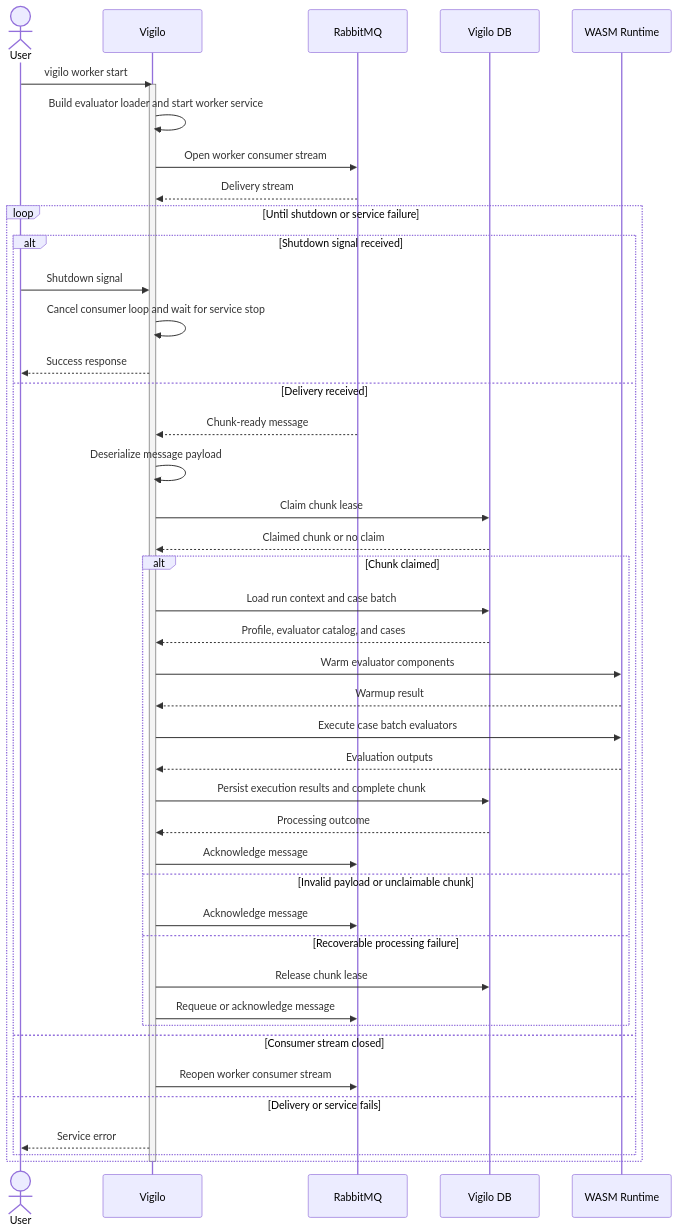
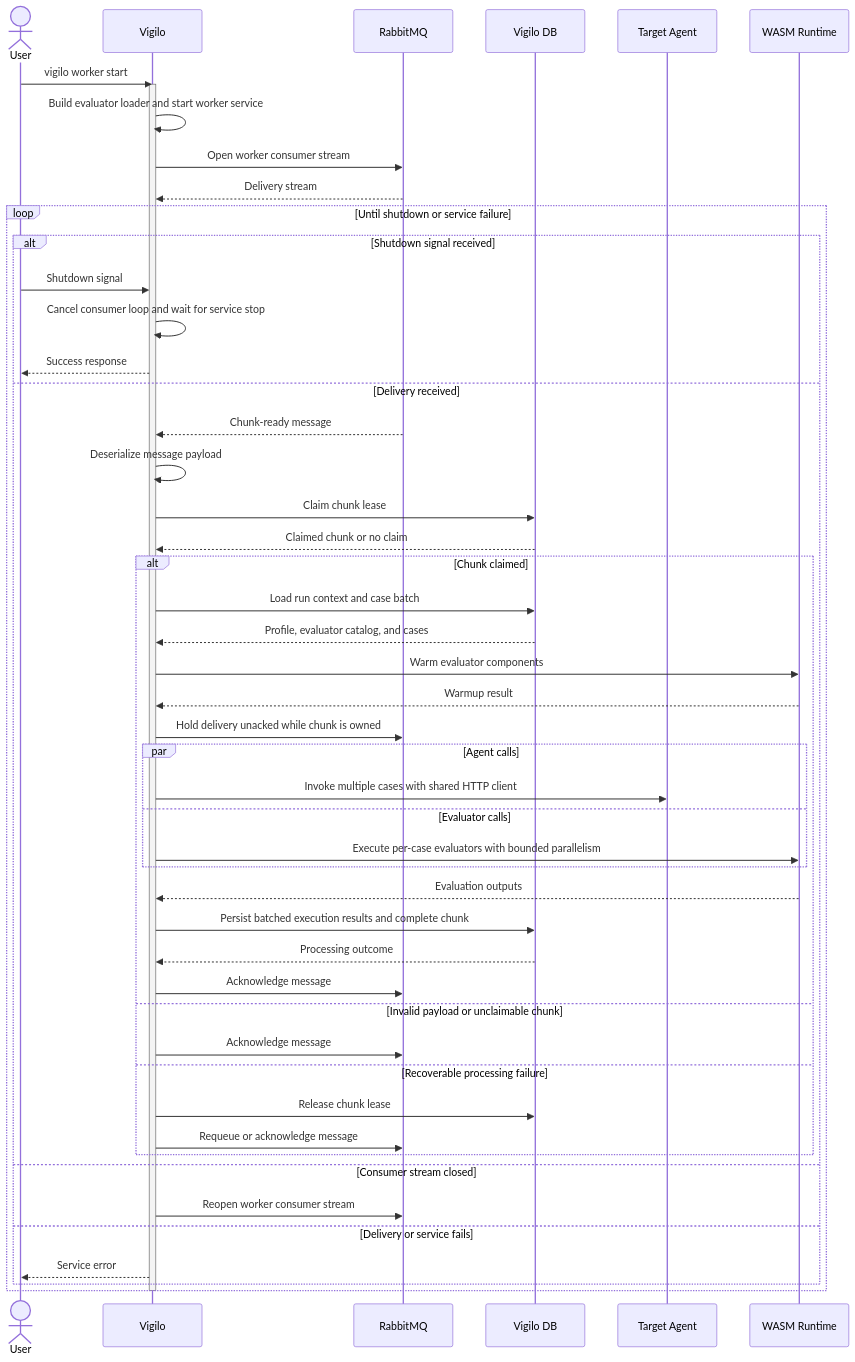
One commit to gregl83/agent-vigilo changed the diagram in web/docs/architecture/flows/worker/start/execution-flow.mmd. Above: the diagram before and after it, drawn with Mermaid. The commit also changed 11 other files, not shown here.

```diff
--- a/web/docs/architecture/flows/worker/start/execution-flow.mmd
+++ b/web/docs/architecture/flows/worker/start/execution-flow.mmd
@@ -1,55 +1,61 @@
 ---
 config:
   flowchart:
     nodeSpacing: 150
     rankSpacing: 80
   themeVariables:
     edgeLabelBackground: 'transparent'
 ---
 sequenceDiagram
     actor User
     participant Vigilo
     participant Queue as RabbitMQ
     participant DB as Vigilo DB
+    participant Agent as Target Agent
     participant WASM as WASM Runtime
 
     User->>Vigilo: vigilo worker start
     activate Vigilo
     Vigilo->>Vigilo: Build evaluator loader and start worker service
     Vigilo->>Queue: Open worker consumer stream
     Queue-->>Vigilo: Delivery stream
 
     loop Until shutdown or service failure
         alt Shutdown signal received
             User->>Vigilo: Shutdown signal
             Vigilo->>Vigilo: Cancel consumer loop and wait for service stop
             Vigilo-->>User: Success response
         else Delivery received
             Queue-->>Vigilo: Chunk-ready message
             Vigilo->>Vigilo: Deserialize message payload
             Vigilo->>DB: Claim chunk lease
             DB-->>Vigilo: Claimed chunk or no claim
 
             alt Chunk claimed
                 Vigilo->>DB: Load run context and case batch
                 DB-->>Vigilo: Profile, evaluator catalog, and cases
                 Vigilo->>WASM: Warm evaluator components
                 WASM-->>Vigilo: Warmup result
-                Vigilo->>WASM: Execute case batch evaluators
+                Vigilo->>Queue: Hold delivery unacked while chunk is owned
+                par Agent calls
+                    Vigilo->>Agent: Invoke multiple cases with shared HTTP client
+                and Evaluator calls
+                    Vigilo->>WASM: Execute per-case evaluators with bounded parallelism
+                end
                 WASM-->>Vigilo: Evaluation outputs
-                Vigilo->>DB: Persist execution results and complete chunk
+                Vigilo->>DB: Persist batched execution results and complete chunk
                 DB-->>Vigilo: Processing outcome
                 Vigilo->>Queue: Acknowledge message
             else Invalid payload or unclaimable chunk
                 Vigilo->>Queue: Acknowledge message
             else Recoverable processing failure
                 Vigilo->>DB: Release chunk lease
                 Vigilo->>Queue: Requeue or acknowledge message
             end
         else Consumer stream closed
             Vigilo->>Queue: Reopen worker consumer stream
         else Delivery or service fails
             Vigilo-->>User: Service error
         end
     end
     deactivate Vigilo
```
